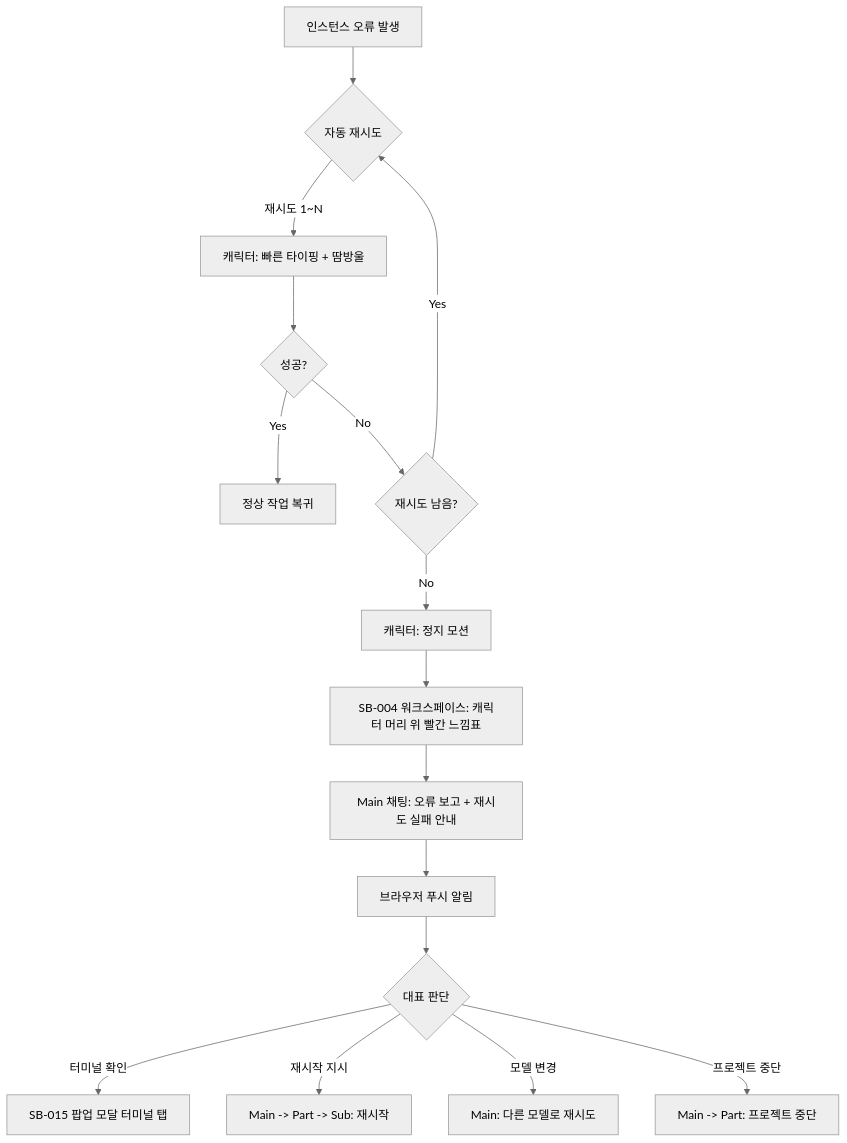
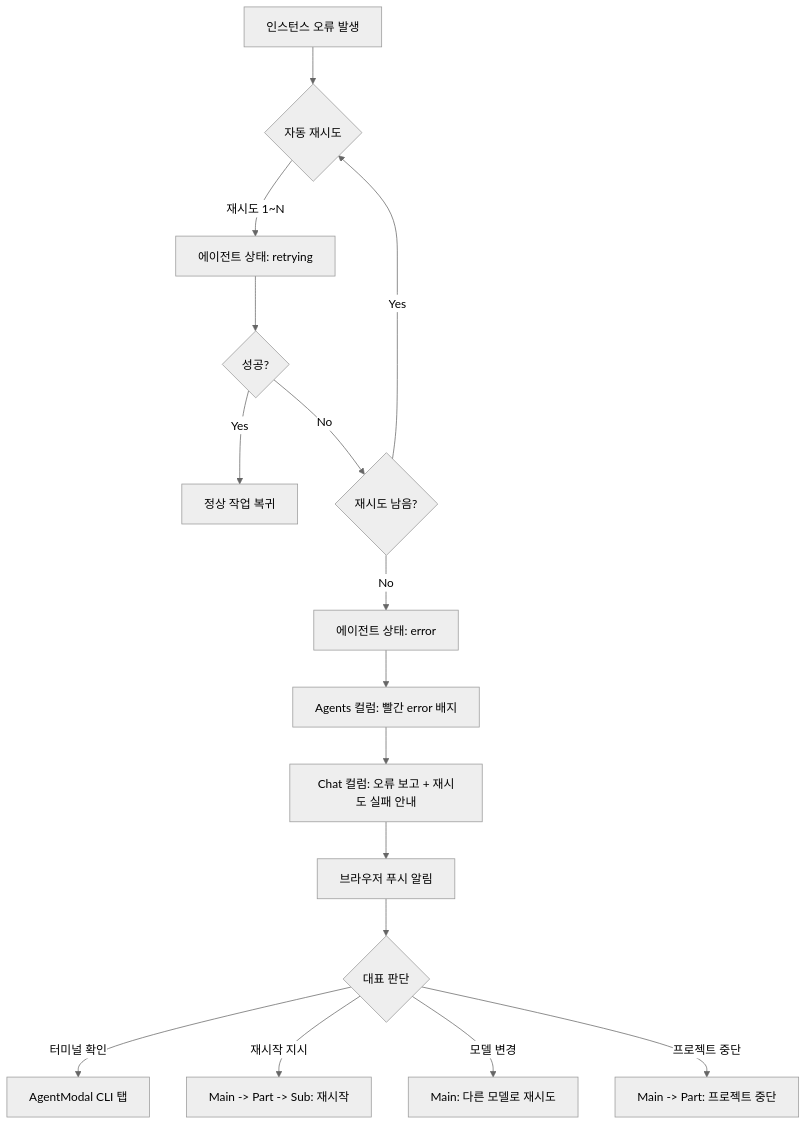
The eighth of 15 diagrams in 03_design/🔀 user-flow.md (Jeonyunjae/ClaudeManager), drawn with Mermaid (neutral theme) before and after one commit. The commit also changed other lines of this file and 221 other files, not shown here.

````diff
--- a/03_design/🔀 user-flow.md
+++ b/03_design/🔀 user-flow.md
@@ -151,19 +170,19 @@
 ```mermaid
 flowchart TD
     A[인스턴스 오류 발생] --> B{자동 재시도}
-    B -->|재시도 1~N| C[캐릭터: 빠른 타이핑 + 땀방울]
+    B -->|재시도 1~N| C[에이전트 상태: retrying]
     C --> D{성공?}
     D -->|Yes| E[정상 작업 복귀]
     D -->|No| F{재시도 남음?}
     F -->|Yes| B
-    F -->|No| G[캐릭터: 정지 모션]
-    G --> H[SB-004 워크스페이스: 캐릭터 머리 위 빨간 느낌표]
-    H --> I[Main 채팅: 오류 보고 + 재시도 실패 안내]
+    F -->|No| G[에이전트 상태: error]
+    G --> H[Agents 컬럼: 빨간 error 배지]
+    H --> I[Chat 컬럼: 오류 보고 + 재시도 실패 안내]
     I --> J[브라우저 푸시 알림]
     
     J --> K{대표 판단}
-    K -->|터미널 확인| L[SB-015 팝업 모달 터미널 탭]
+    K -->|터미널 확인| L[AgentModal CLI 탭]
     K -->|재시작 지시| M[Main -> Part -> Sub: 재시작]
     K -->|모델 변경| N[Main: 다른 모델로 재시도]
     K -->|프로젝트 중단| O[Main -> Part: 프로젝트 중단]
 ```
````
